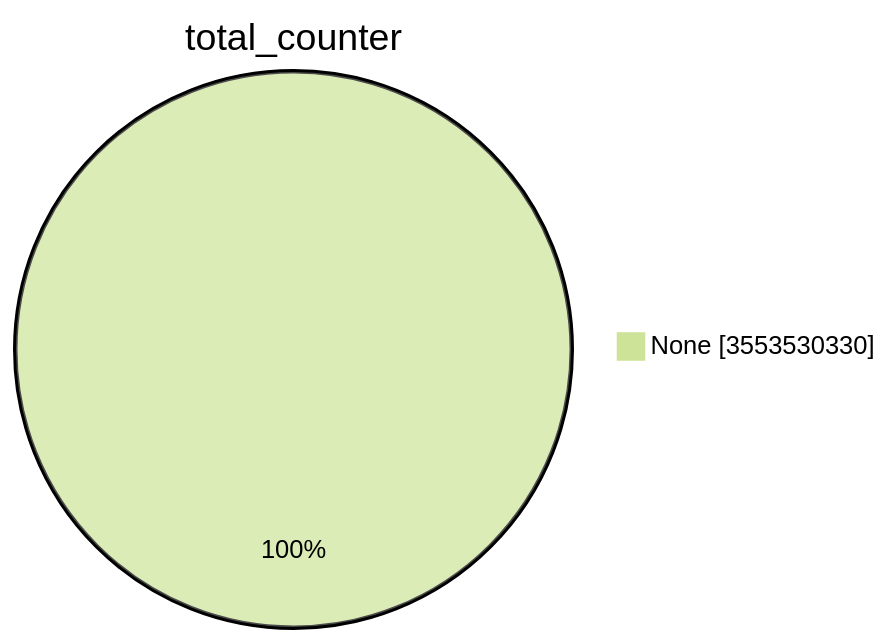
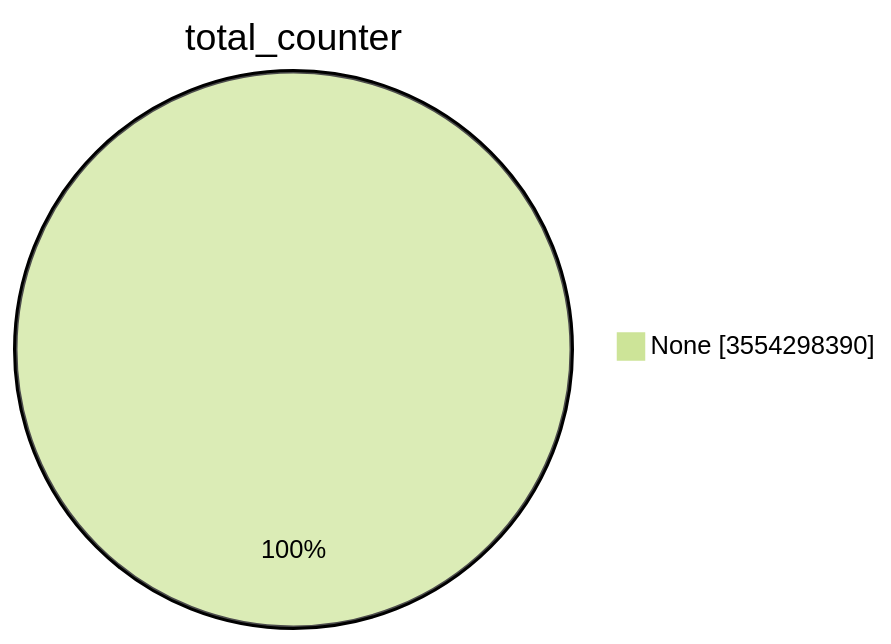
One commit to christiankrug/ctmonitor_visualization changed the first of 15 diagrams in TOTAL/README.md. Above: the diagram before and after it, drawn with Mermaid (forest theme). The commit also changed other lines of this file, not shown here.

````diff
--- a/TOTAL/README.md
+++ b/TOTAL/README.md
@@ -1,5 +1,5 @@
 ```mermaid
 pie showData
 title total_counter
-"None" :3553530330
+"None" :3554298390
 ```
````
